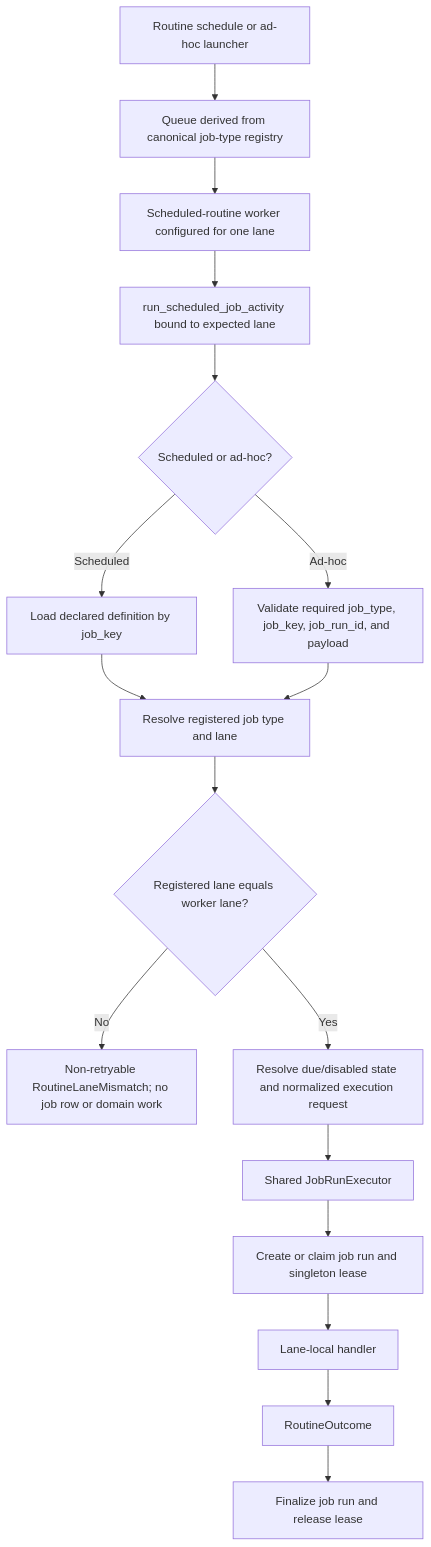
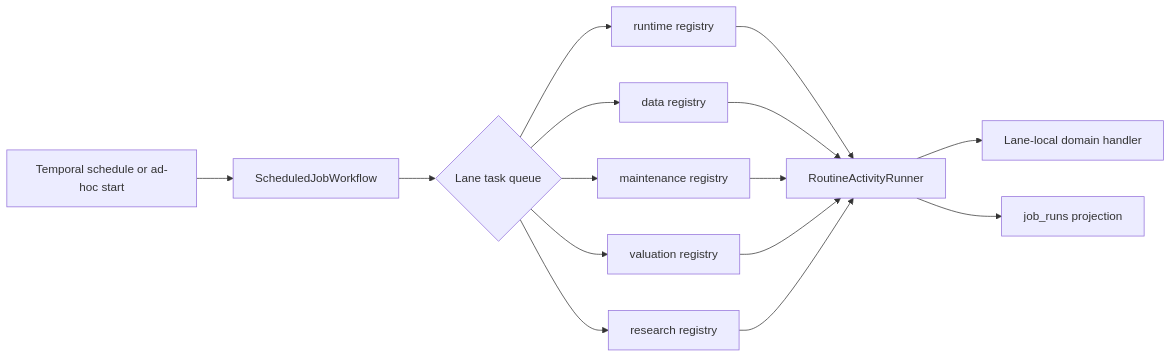
The diagram in docs/planning/2026-07-15_workflow_lane_activity_dispatch.md (afrojuju1/spreads), drawn with Mermaid before and after one commit. The commit also changed other lines of this file and 44 other files, not shown here.

Commit message:
feat(workflows): make Temporal routine authority

````diff
--- a/docs/planning/2026-07-15_workflow_lane_activity_dispatch.md
+++ b/docs/planning/2026-07-15_workflow_lane_activity_dispatch.md
@@ -159,19 +47,17 @@
 ```mermaid
-flowchart TD
-    S["Routine schedule or ad-hoc launcher"] --> Q["Queue derived from canonical job-type registry"]
-    Q --> W["Scheduled-routine worker configured for one lane"]
-    W --> A["run_scheduled_job_activity bound to expected lane"]
-    A --> K{"Scheduled or ad-hoc?"}
-    K -- "Scheduled" --> D["Load declared definition by job_key"]
-    K -- "Ad-hoc" --> P["Validate required job_type, job_key, job_run_id, and payload"]
-    D --> R["Resolve registered job type and lane"]
-    P --> R
-    R --> V{"Registered lane equals worker lane?"}
-    V -- "No" --> E["Non-retryable RoutineLaneMismatch; no job row or domain work"]
-    V -- "Yes" --> U["Resolve due/disabled state and normalized execution request"]
-    U --> X["Shared JobRunExecutor"]
-    X --> J["Create or claim job run and singleton lease"]
-    J --> H["Lane-local handler"]
-    H --> O["RoutineOutcome"]
-    O --> F["Finalize job run and release lease"]
+flowchart LR
+    S["Temporal schedule or ad-hoc start"] --> W["ScheduledJobWorkflow"]
+    W --> Q{"Lane task queue"}
+    Q --> R["runtime registry"]
+    Q --> D["data registry"]
+    Q --> M["maintenance registry"]
+    Q --> V["valuation registry"]
+    Q --> A["research registry"]
+    R --> X["RoutineActivityRunner"]
+    D --> X
+    M --> X
+    V --> X
+    A --> X
+    X --> H["Lane-local domain handler"]
+    X --> J["job_runs projection"]
 ```
````
